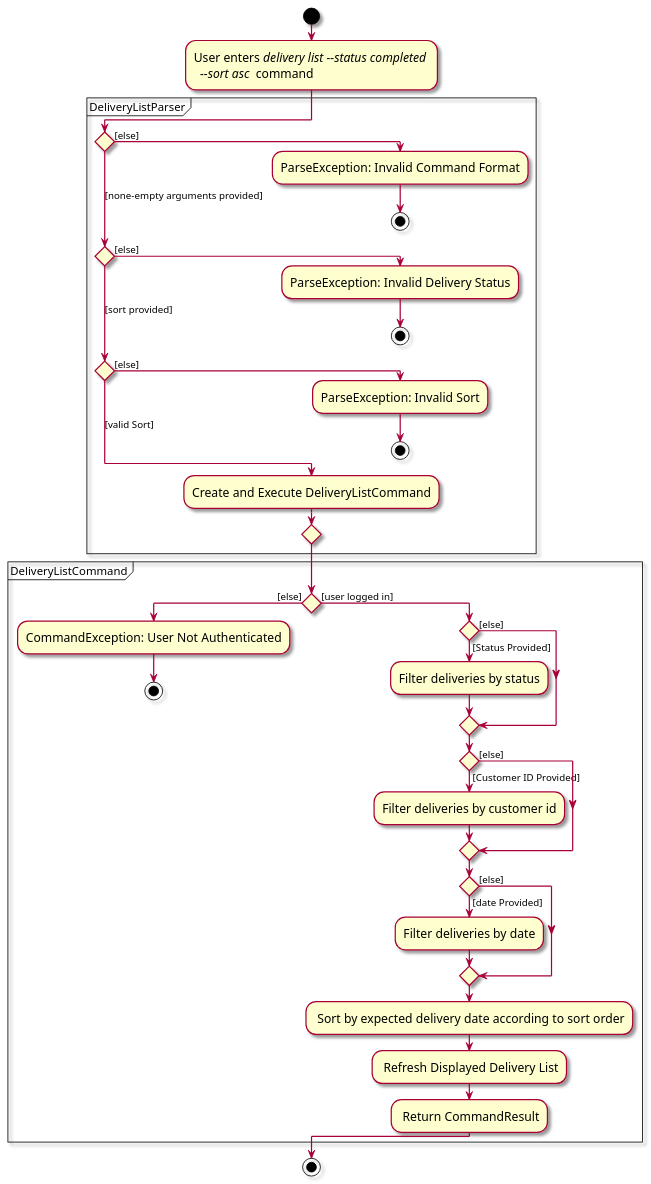
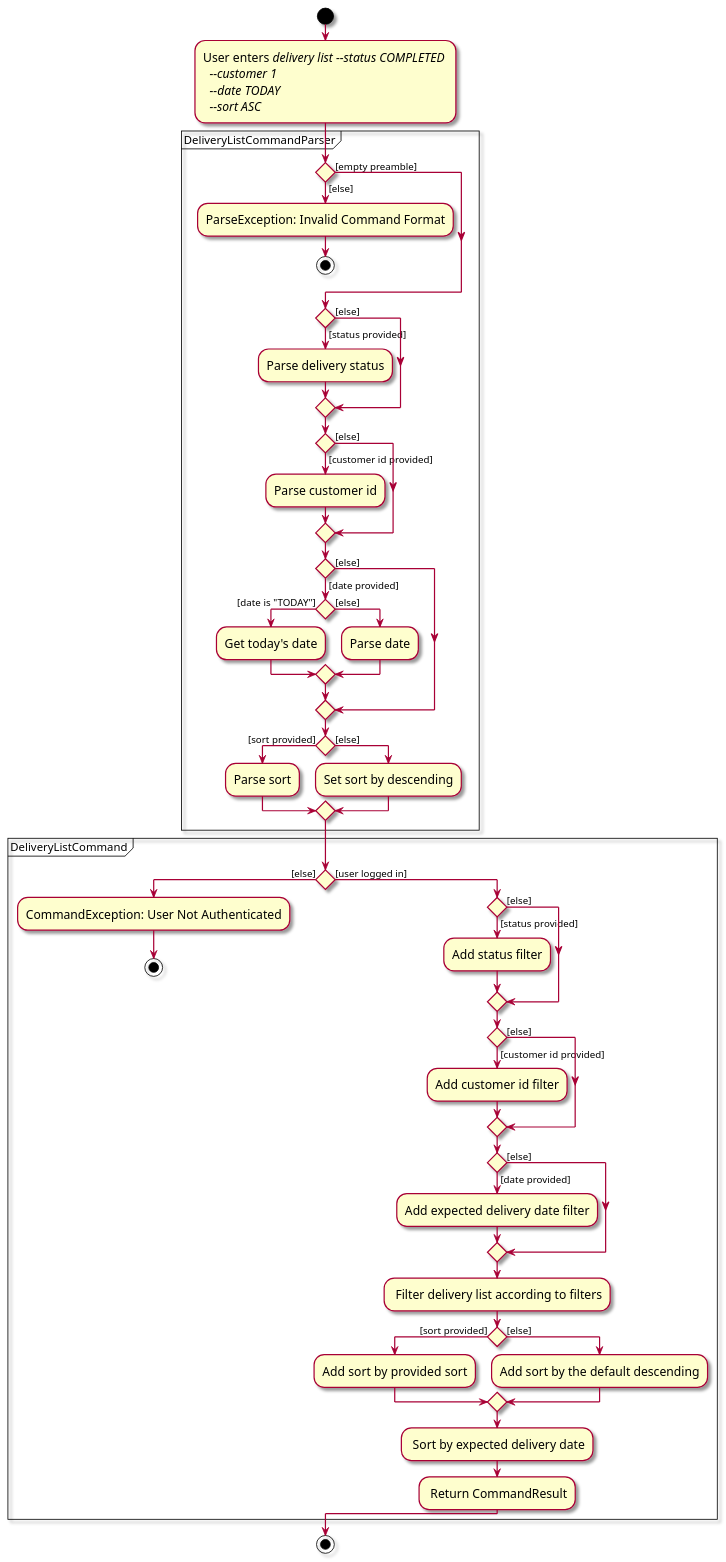
The diagram in diagrams/implementation/delivery/DeliveryListActivityDiagram.puml (zhonghan721/tp), drawn with PlantUML before and after one commit. The commit also changed 47 other files, not shown here.

```diff
--- a/diagrams/implementation/delivery/DeliveryListActivityDiagram.puml
+++ b/diagrams/implementation/delivery/DeliveryListActivityDiagram.puml
@@ -1,53 +1,82 @@
 @startuml
 skin rose
 skinparam ActivityFontSize 15
 skinparam ArrowFontSize 12
 
 !pragma useVerticalIf on
 start
-:User enters <i>delivery list --status completed \n <i> --sort asc </i> command;
-partition DeliveryListParser {
+:User enters <i>delivery list --status COMPLETED \n <i> --customer 1</i> \n <i> --date TODAY </i> \n <i> --sort ASC </i>;
+partition DeliveryListCommandParser {
     if () then ([else])
         :ParseException: Invalid Command Format;
         stop
-    ([none-empty arguments provided]) elseif () then ([else])
-        :ParseException: Invalid Delivery Status;
-        stop
-    ([sort provided]) elseif () then ([else])
-        :ParseException: Invalid Sort;
-        stop
-    else ([valid Sort])
-        :Create and Execute DeliveryListCommand;
+        else ([empty preamble])
         endif
+
+       if () then ([status provided])
+           :Parse delivery status;
+       else ([else])
+       endif
+
+       if () then ([customer id provided])
+           :Parse customer id;
+
+       else ([else])
+       endif
+
+       if () then ([date provided])
+
+           if () then ([date is "TODAY"])
+               :Get today's date;
+
+           else ([else])
+            :Parse date;
+           endif
+
+       else ([else])
+        endif
+
+          if () then ([sort provided])
+                   :Parse sort;
+
+               else ([else])
+               :Set sort by descending;
+               endif
+
 }
 
 partition DeliveryListCommand {
     if () then ([else])
         :CommandException: User Not Authenticated;
         stop
     else ([user logged in])
 
-    if () then ([Status Provided])
-        :Filter deliveries by status;
+    if () then ([status provided])
+        :Add status filter;
     else ([else])
     endif
 
-    if () then ([Customer ID Provided])
-        :Filter deliveries by customer id;
+    if () then ([customer id provided])
+        :Add customer id filter;
     else ([else])
     endif
 
-    if () then ([date Provided])
-        :Filter deliveries by date;
+    if () then ([date provided])
+        :Add expected delivery date filter;
     else ([else])
     endif
-        : Sort by expected delivery date according to sort order;
-        : Refresh Displayed Delivery List;
+        : Filter delivery list according to filters;
+     if () then ([sort provided])
+            :Add sort by provided sort;
+        else ([else])
+        :Add sort by the default descending;
+        endif
+        : Sort by expected delivery date;
         : Return CommandResult;
     endif
 
 }
 
 stop
 
 @enduml
```
